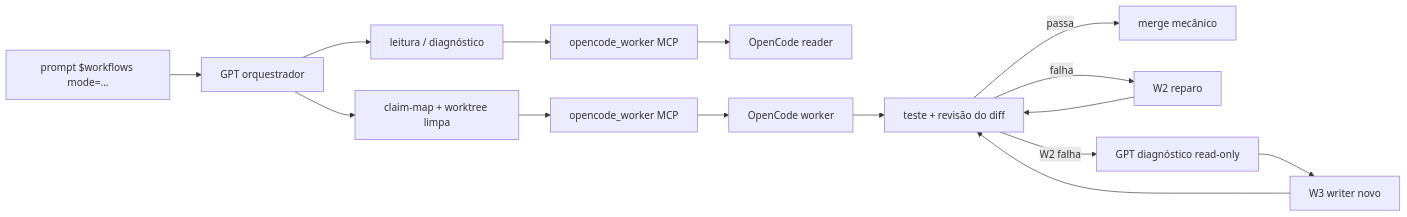
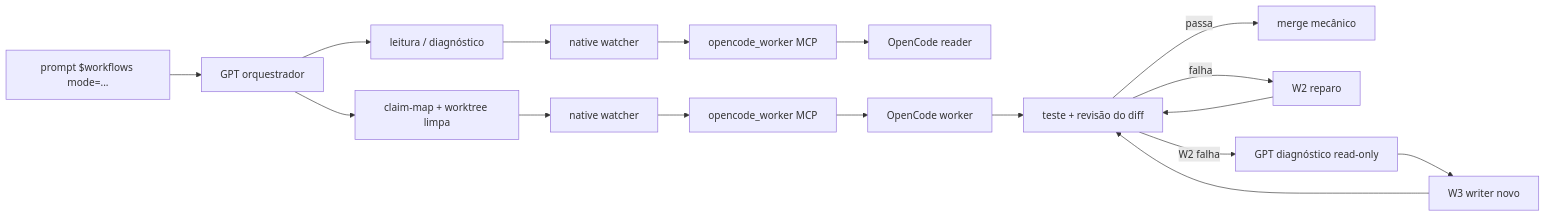
The diagram in docs/architecture.md (CheekyCodexConjurer/codex-workflows-kit), drawn with Mermaid before and after one commit. The commit also changed other lines of this file and 22 other files, not shown here.

````diff
--- a/docs/architecture.md
+++ b/docs/architecture.md
@@ -24,17 +24,19 @@
 ```mermaid
 flowchart LR
     USER["prompt $workflows mode=..."] --> GPT["GPT orquestrador"]
     GPT --> READ["leitura / diagnóstico"]
-    READ --> MCP["opencode_worker MCP"]
+    READ --> WATCH["native watcher"]
+    WATCH --> MCP["opencode_worker MCP"]
     MCP --> READER["OpenCode reader"]
     GPT --> PREFLIGHT["claim-map + worktree limpa"]
-    PREFLIGHT --> MCPW["opencode_worker MCP"]
+    PREFLIGHT --> WATCH2["native watcher"]
+    WATCH2 --> MCPW["opencode_worker MCP"]
     MCPW --> WRITER["OpenCode worker"]
     WRITER --> VERIFY["teste + revisão do diff"]
     VERIFY -->|passa| MERGE["merge mecânico"]
     VERIFY -->|falha| REPAIR["W2 reparo"]
     REPAIR --> VERIFY
     VERIFY -->|W2 falha| DIAG["GPT diagnóstico read-only"]
     DIAG --> W3["W3 writer novo"]
     W3 --> VERIFY
 ```
````
